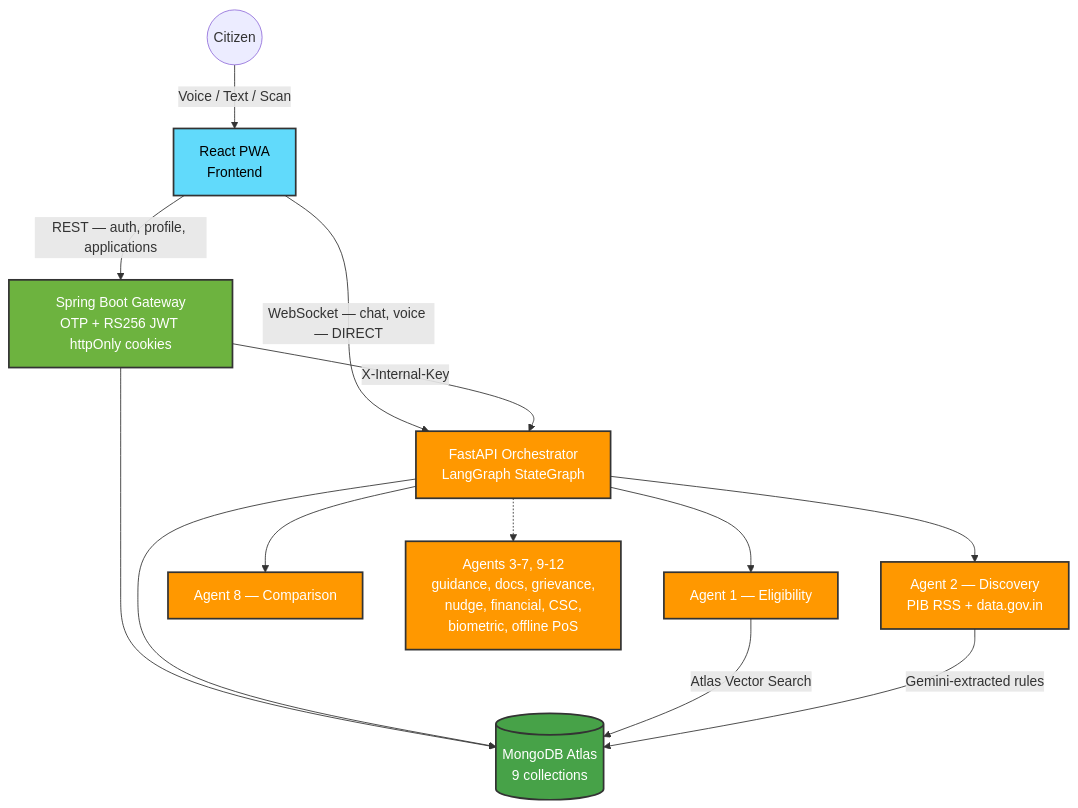
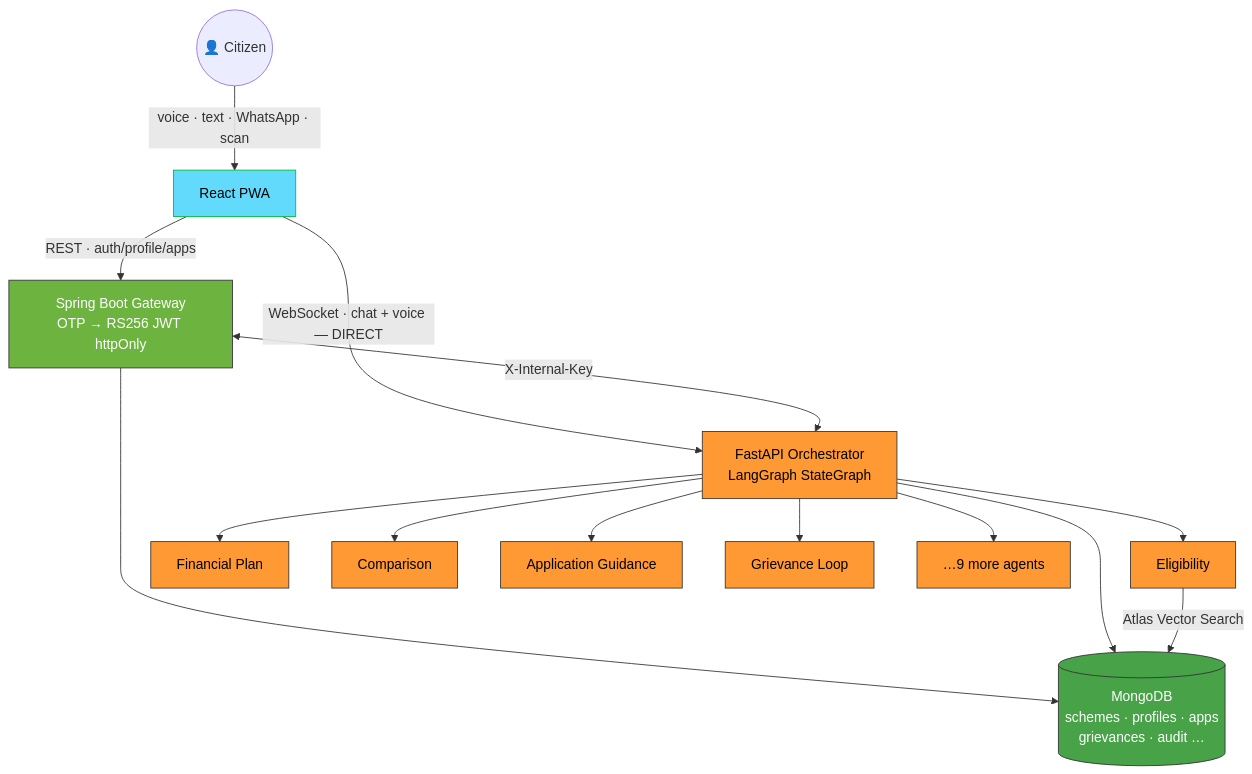
The first of 2 diagrams in README.md (RudyMontoo/YojnaSetu_v5), drawn with Mermaid before and after one commit. The commit also changed other lines of this file and 2 other files, not shown here.

Commit message:
docs: redesign README; remove internal architecture notes from repo

````diff
--- a/README.md
+++ b/README.md
@@ -49,23 +105,24 @@
 ```mermaid
-graph TD;
-    classDef frontend fill:#61DAFB,stroke:#333,stroke-width:2px,color:#000;
-    classDef gateway fill:#6DB33F,stroke:#333,stroke-width:2px,color:#fff;
-    classDef ai fill:#FF9800,stroke:#333,stroke-width:2px,color:#fff;
-    classDef db fill:#47A248,stroke:#333,stroke-width:2px,color:#fff;
+graph TD
+    classDef fe fill:#61DAFB,stroke:#0b3,stroke-width:1px,color:#000
+    classDef gw fill:#6DB33F,stroke:#333,stroke-width:1px,color:#fff
+    classDef ai fill:#FF9933,stroke:#333,stroke-width:1px,color:#000
+    classDef db fill:#47A248,stroke:#333,stroke-width:1px,color:#fff
 
-    User((Citizen)) -->|Voice / Text / Scan| UI[React PWA<br/>Frontend]:::frontend
-    UI -->|REST — auth, profile, applications| Gateway[Spring Boot Gateway<br/>OTP + RS256 JWT httpOnly cookies]:::gateway
-    UI -->|WebSocket — chat, voice — DIRECT| Orchestrator[FastAPI Orchestrator<br/>LangGraph StateGraph]:::ai
+    U((👤 Citizen)) -->|voice · text · WhatsApp · scan| FE[React PWA]:::fe
+    FE -->|REST · auth/profile/apps| GW[Spring Boot Gateway<br/>OTP → RS256 JWT httpOnly]:::gw
+    FE -->|WebSocket · chat + voice — DIRECT| ORC[FastAPI Orchestrator<br/>LangGraph StateGraph]:::ai
 
-    Gateway -->|X-Internal-Key| Orchestrator
-    Gateway --> Mongo[(MongoDB Atlas<br/>9 collections)]:::db
-    Orchestrator --> Mongo
+    GW <-->|X-Internal-Key| ORC
+    GW --> DB[(MongoDB<br/>schemes · profiles · apps<br/>grievances · audit …)]:::db
+    ORC --> DB
 
-    Orchestrator --> Agent1[Agent 1 — Eligibility]:::ai
-    Orchestrator --> Agent2[Agent 2 — Discovery<br/>PIB RSS + data.gov.in]:::ai
-    Orchestrator --> Agent8[Agent 8 — Comparison]:::ai
-    Orchestrator -.-> AgentsRest[Agents 3-7, 9-12<br/>guidance, docs, grievance,<br/>nudge, financial, CSC,<br/>biometric, offline PoS]:::ai
+    ORC --> A1[Eligibility]:::ai
+    ORC --> A7[Financial Plan]:::ai
+    ORC --> A8[Comparison]:::ai
+    ORC --> A3[Application Guidance]:::ai
+    ORC --> A5[Grievance Loop]:::ai
+    ORC --> MORE[…9 more agents]:::ai
 
-    Agent1 -->|Atlas Vector Search| Mongo
-    Agent2 -->|Gemini-extracted rules| Mongo
+    A1 -->|Atlas Vector Search| DB
 ```
````
